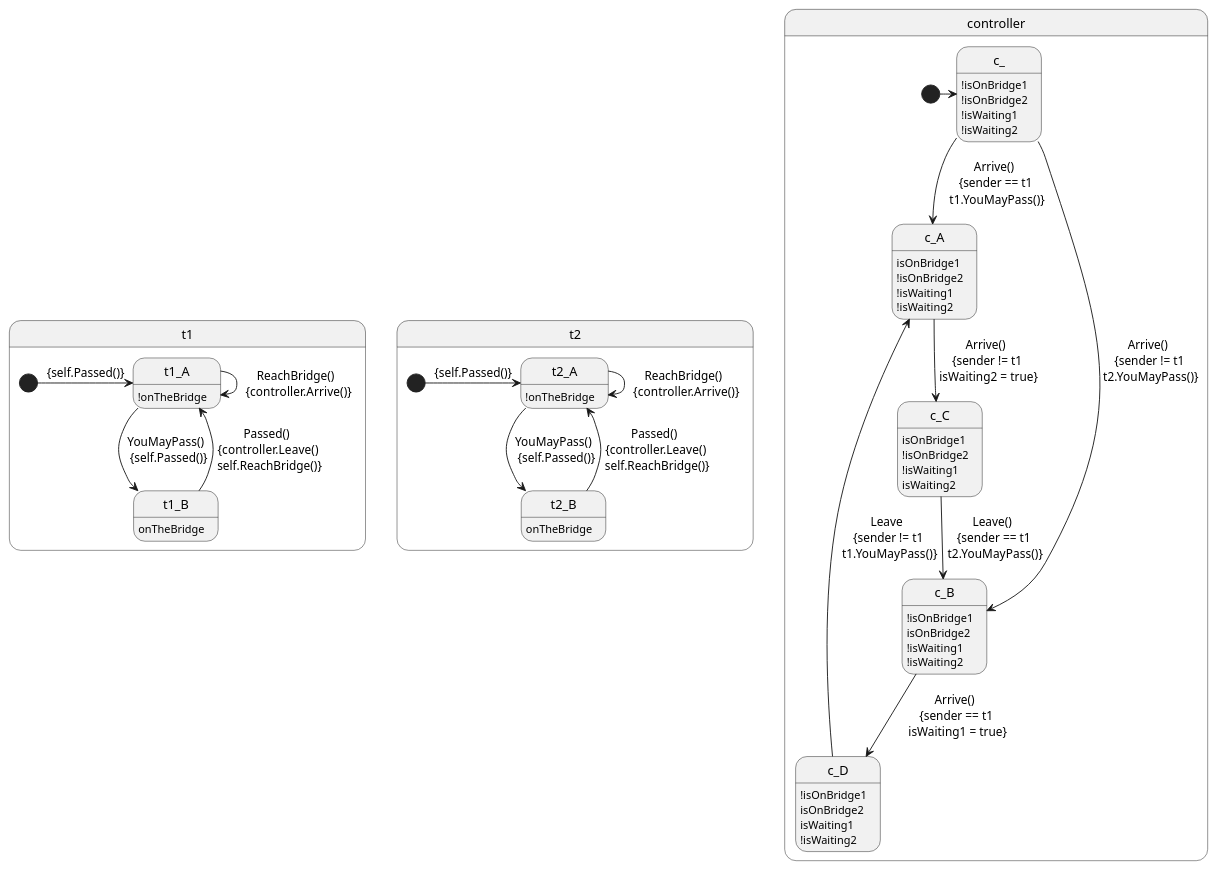
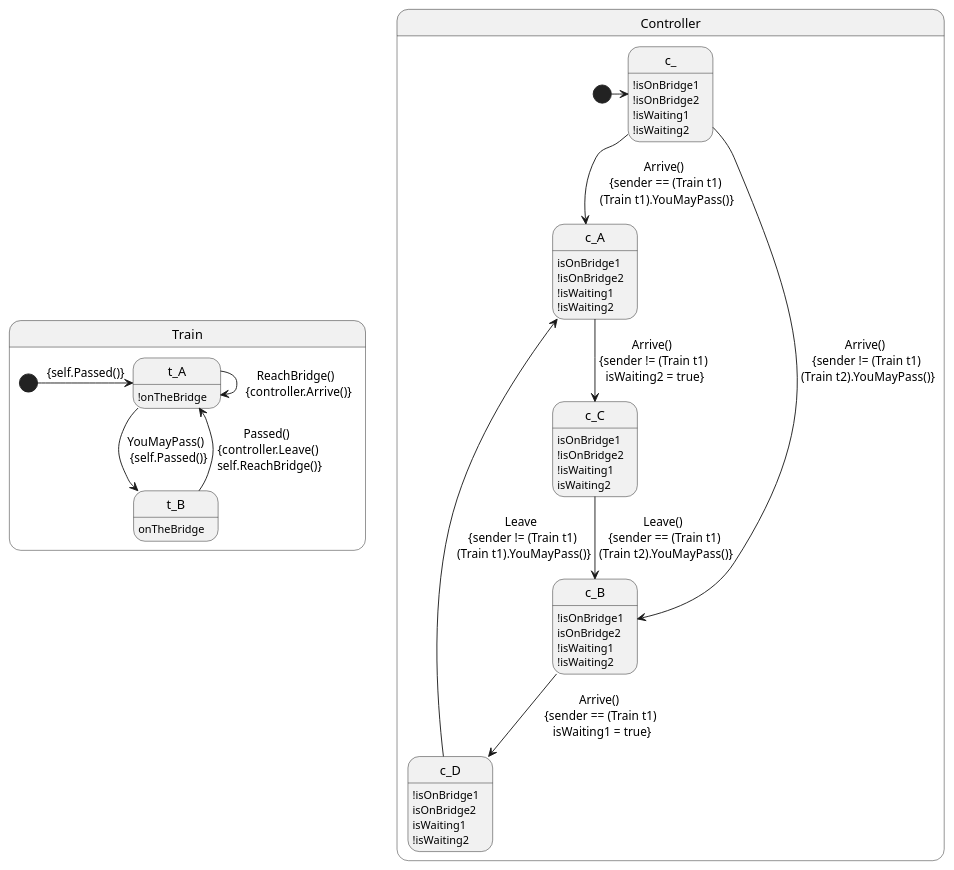
The diagram in ModelTranslations/TrainBridgeController/TrainBridgeController.plantuml (gnowin/UML-To-Rebecca-Dataset), drawn with PlantUML before and after one commit.

Commit message:
Changed train

```diff
--- a/ModelTranslations/TrainBridgeController/TrainBridgeController.plantuml
+++ b/ModelTranslations/TrainBridgeController/TrainBridgeController.plantuml
@@ -1,76 +1,62 @@
 @startuml
 
 hide empty description
 
-state t1{
 
-t1_A : !onTheBridge
+state Train{
 
-t1_B : onTheBridge
+t_A : !onTheBridge
 
-[*] -> t1_A : {self.Passed()}
+t_B : onTheBridge
 
-t1_A -> t1_A : ReachBridge() \n {controller.Arrive()}
-t1_A --> t1_B : YouMayPass() \n {self.Passed()}
+[*] -> t_A : {self.Passed()}
 
-t1_B --> t1_A : Passed() \n {controller.Leave() \n self.ReachBridge()}
+t_A -> t_A : ReachBridge() \n {controller.Arrive()}
+t_A --> t_B : YouMayPass() \n {self.Passed()}
+
+t_B --> t_A : Passed() \n {controller.Leave() \n self.ReachBridge()}
 
 }
 
-state t2{
-
-t2_A : !onTheBridge
-
-t2_B : onTheBridge
-
-[*] -> t2_A : {self.Passed()}
-
-t2_A -> t2_A : ReachBridge() \n {controller.Arrive()}
-t2_A --> t2_B : YouMayPass() \n {self.Passed()}
-
-t2_B --> t2_A : Passed() \n {controller.Leave() \n self.ReachBridge()}
-
-}
-
-state controller{
+state Controller{
 
 State c_ : !isOnBridge1
 State c_ : !isOnBridge2
 State c_ : !isWaiting1
 State c_ : !isWaiting2
 
 State c_A : isOnBridge1
 State c_A : !isOnBridge2
 State c_A : !isWaiting1
 State c_A : !isWaiting2
 
 State c_B : !isOnBridge1
 State c_B : isOnBridge2
 State c_B : !isWaiting1
 State c_B : !isWaiting2
 State c_C : isOnBridge1
 State c_C : !isOnBridge2
 State c_C : !isWaiting1
 State c_C : isWaiting2
 State c_D : !isOnBridge1
 State c_D : isOnBridge2
 State c_D : isWaiting1
 State c_D : !isWaiting2
 
 [*] -> c_
 
-c_ --> c_A : Arrive() \n {sender == t1 \n t1.YouMayPass()}
+c_ --> c_A : Arrive() \n {sender == (Train t1) \n (Train t1).YouMayPass()}
 
-c_ --> c_B : Arrive() \n {sender != t1 \n t2.YouMayPass()}
+c_ --> c_B : Arrive() \n {sender != (Train t1) \n (Train t2).YouMayPass()}
 
-c_A --> c_C : Arrive() \n {sender != t1 \n isWaiting2 = true}
+c_A --> c_C : Arrive() \n {sender != (Train t1) \n isWaiting2 = true}
 
-c_B --> c_D : Arrive() \n {sender == t1 \n isWaiting1 = true}
+c_B --> c_D : Arrive() \n {sender == (Train t1) \n isWaiting1 = true}
 
-c_C --> c_B : Leave() \n {sender == t1 \n t2.YouMayPass()}
+c_C --> c_B : Leave() \n {sender == (Train t1) \n (Train t2).YouMayPass()}
 
-c_D --> c_A : Leave \n {sender != t1 \n t1.YouMayPass()}
+c_D --> c_A : Leave \n {sender != (Train t1) \n (Train t1).YouMayPass()}
 
 }
 
 @enduml 
```
